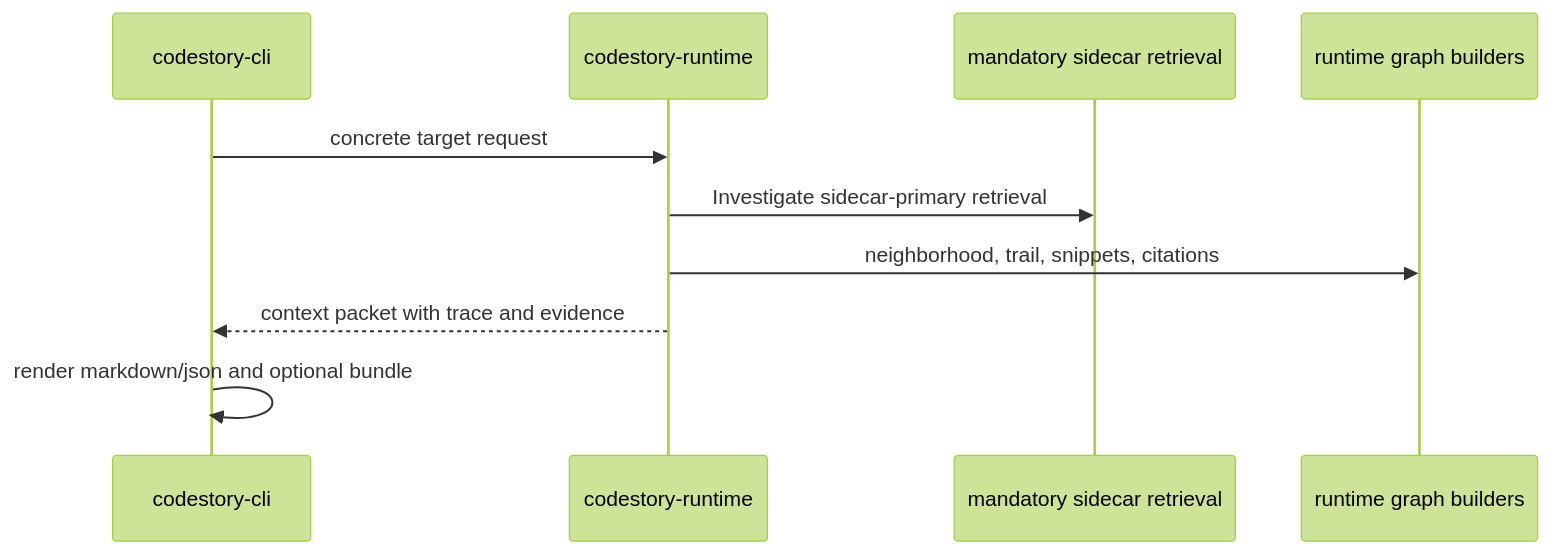
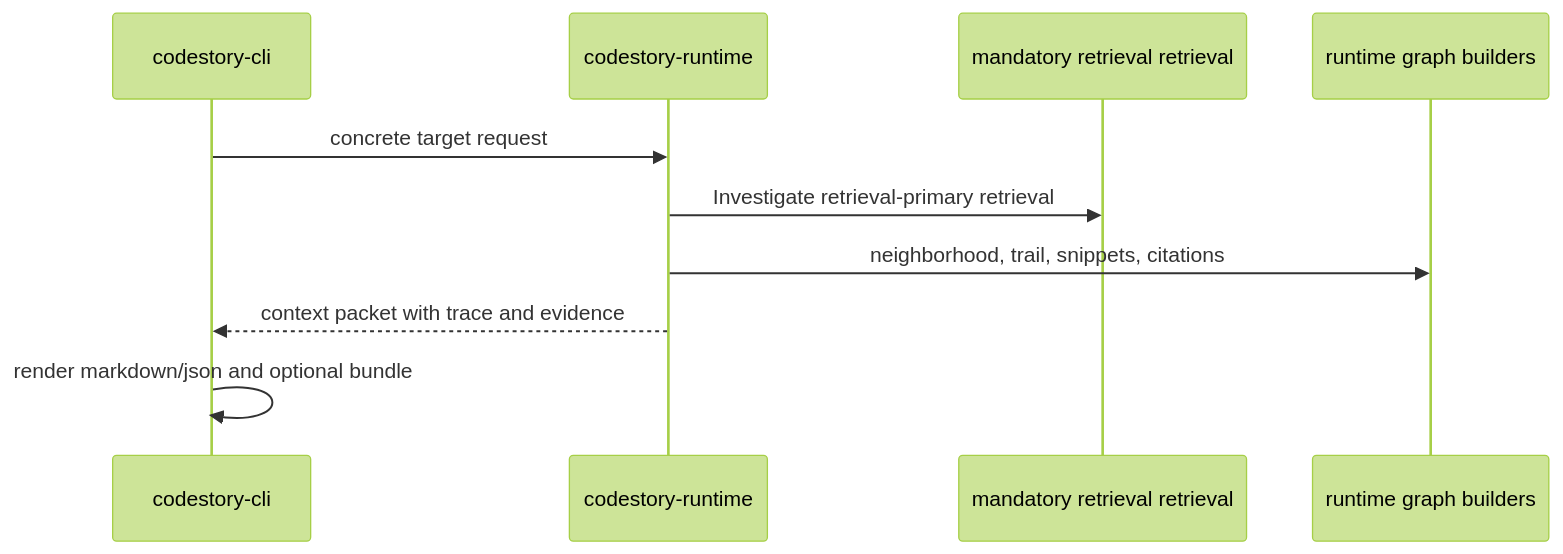
Before and after one commit to TheGreenCedar/CodeStory: the second of 3 diagrams in docs/architecture/runtime-execution-path.md, drawn with Mermaid (forest theme). The commit also changed other lines of this file and 177 other files, not shown here.

````diff
--- a/docs/architecture/runtime-execution-path.md
+++ b/docs/architecture/runtime-execution-path.md
@@ -58,13 +58,13 @@
 ```mermaid
 sequenceDiagram
     participant CLI as codestory-cli
     participant Runtime as codestory-runtime
-    participant Retrieval as mandatory sidecar retrieval
+    participant Retrieval as mandatory retrieval retrieval
     participant Graph as runtime graph builders
 
     CLI->>Runtime: concrete target request
-    Runtime->>Retrieval: Investigate sidecar-primary retrieval
+    Runtime->>Retrieval: Investigate retrieval-primary retrieval
     Runtime->>Graph: neighborhood, trail, snippets, citations
     Runtime-->>CLI: context packet with trace and evidence
     CLI->>CLI: render markdown/json and optional bundle
 ```
````
